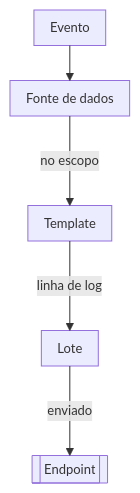
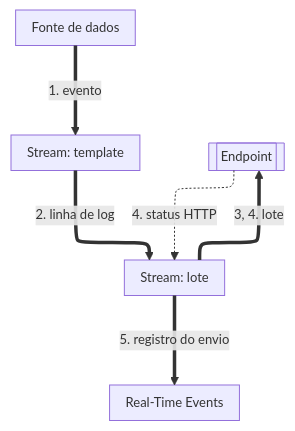
The diagram in apps/docs/src/content/docs/pt-br/pages/menu-principal/referencia/observe/data-streaming/data-streaming.mdx (aziontech/docs), drawn with Mermaid before and after one commit. The commit also changed other lines of this file and 92 other files, not shown here.

````diff
--- a/apps/docs/src/content/docs/pt-br/pages/menu-principal/referencia/observe/data-streaming/data-streaming.mdx
+++ b/apps/docs/src/content/docs/pt-br/pages/menu-principal/referencia/observe/data-streaming/data-streaming.mdx
@@ -64,8 +36,14 @@
 ```mermaid
-%%{init: {"layout": "elk", "themeVariables": {"fontSize": "13px"}, "flowchart": {"nodeSpacing": 24, "rankSpacing": 36, "padding": 8, "wrappingWidth": 150, "useMaxWidth": true}, "sequence": {"width": 120, "actorMargin": 30, "useMaxWidth": true}}}%%
+%%{init: {"layout": "elk", "elk": {"cycleBreakingStrategy": "MODEL_ORDER"}, "themeVariables": {"fontSize": "13px"}, "flowchart": {"nodeSpacing": 24, "rankSpacing": 36, "padding": 8, "wrappingWidth": 150, "useMaxWidth": true}, "sequence": {"width": 120, "actorMargin": 30, "useMaxWidth": true}}}%%
 flowchart TD
-  Ev["Evento"] --> Src["Fonte de dados"]
-  Src -->|"no escopo"| Tpl["Template"]
-  Tpl -->|"linha de log"| Bat["Lote"]
-  Bat -->|"enviado"| End[["Endpoint"]]
+  Src["Fonte de dados"]
+  Tpl["Stream: template"]
+  Bat["Stream: lote"]
+  End[["Endpoint"]]
+  RTE["Real-Time Events"]
+  Src ==>|"1. evento"| Tpl
+  Tpl ==>|"2. linha de log"| Bat
+  Bat ==>|"3, 4. lote"| End
+  End -.->|"4. status HTTP"| Bat
+  Bat ==>|"5. registro do envio"| RTE
 ```
````
